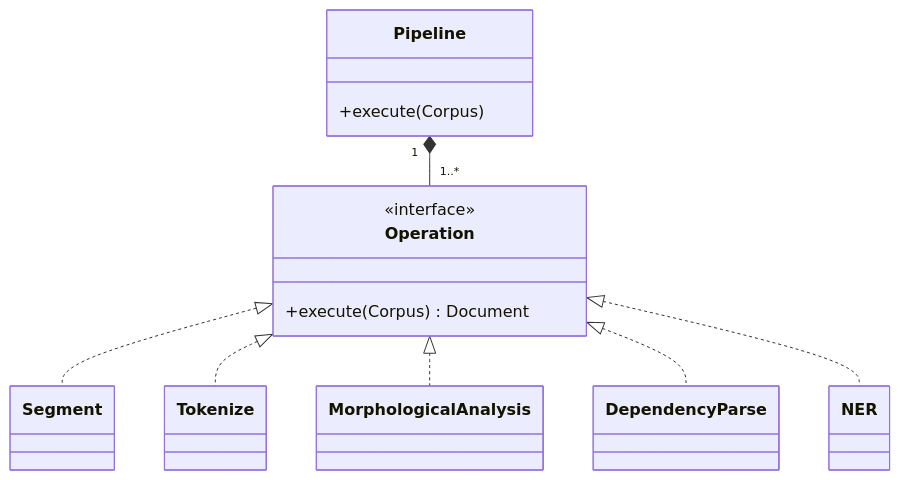
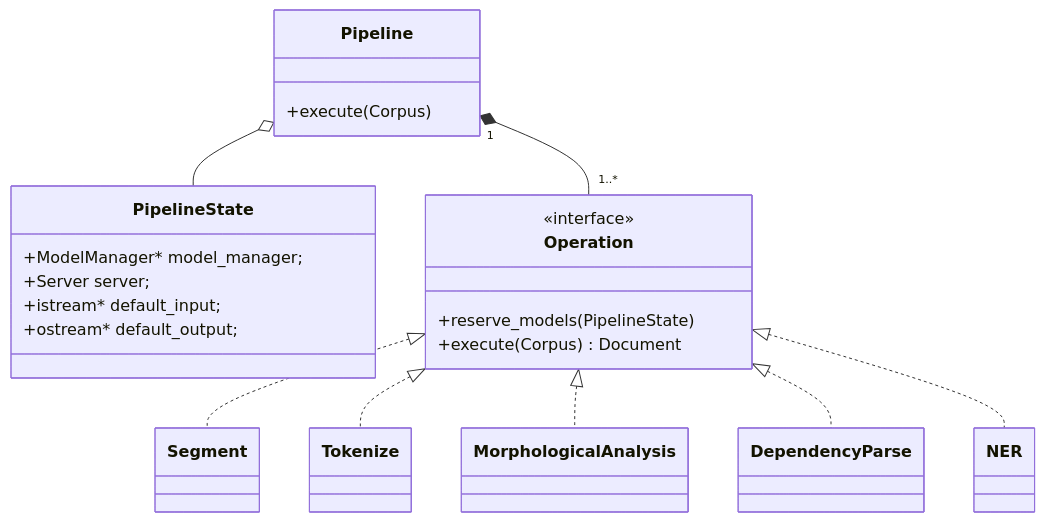
Before and after one commit to ufal/linpipe: the fourth of 6 diagrams in docs/src/dev/architecture.md, drawn with Mermaid. The commit also changed other lines of this file, not shown here.

Commit message:
Added Model Manager.

````diff
--- a/docs/src/dev/architecture.md
+++ b/docs/src/dev/architecture.md
@@ -101,25 +111,34 @@
 ```mermaid
 classDiagram
-    class Pipeline {
-        +execute(Corpus)
-    }
+  class Pipeline {
+    +execute(Corpus)
+  }
 
-    class Operation {
-        <<interface>>
-        +execute(Corpus) Document
-    }
+  class PipelineState {
+    +ModelManager* model_manager;
+    +Server server;
+    +istream* default_input;
+    +ostream* default_output;
+  }
 
-    Pipeline "1" *-- "1..*" Operation
+  class Operation {
+    <<interface>>
+    +reserve_models(PipelineState)
+    +execute(Corpus) Document
+  }
 
-    class Segment
-    class Tokenize
-    class MorphologicalAnalysis
-    class DependencyParse
-    class NER
+  Pipeline "1" *-- "1..*" Operation
+  Pipeline o-- PipelineState
 
-    Operation <|.. Segment
-    Operation <|.. Tokenize
-    Operation <|.. MorphologicalAnalysis
-    Operation <|.. DependencyParse
-    Operation <|.. NER
+  class Segment
+  class Tokenize
+  class MorphologicalAnalysis
+  class DependencyParse
+  class NER
+
+  Operation <|.. Segment
+  Operation <|.. Tokenize
+  Operation <|.. MorphologicalAnalysis
+  Operation <|.. DependencyParse
+  Operation <|.. NER
 ```
````
